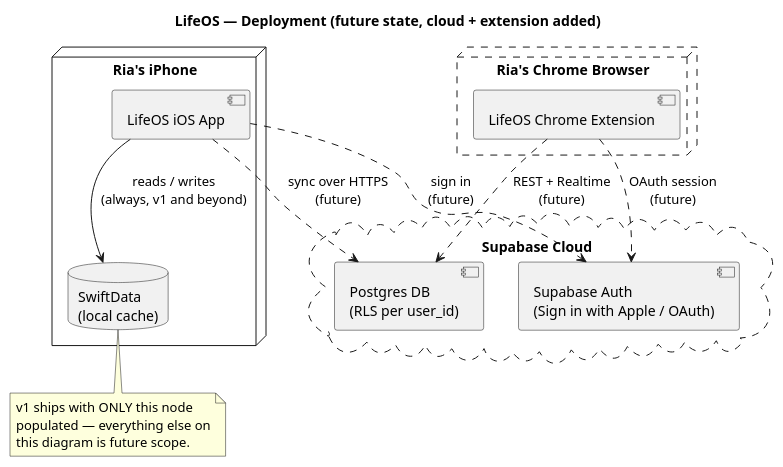
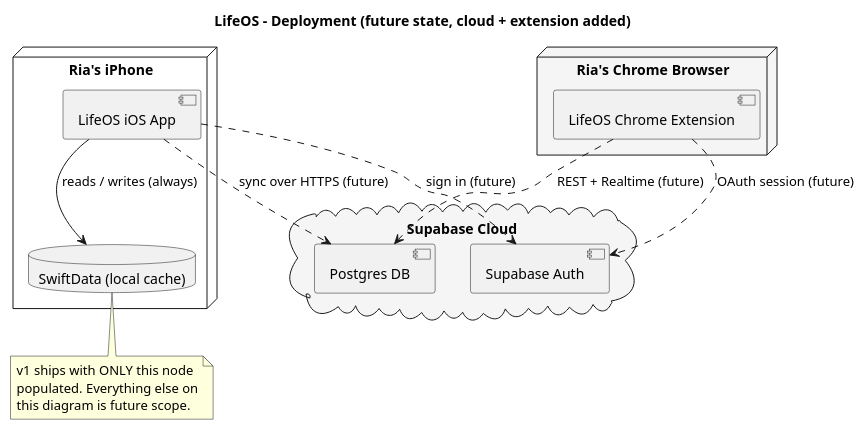
The fourth of 4 diagrams in docs/HLD.md (riasaxena/LifeOS), drawn with PlantUML before and after one commit. The commit also changed other lines of this file, not shown here.

Commit message:
Embed rendered diagram images in HLD.md via PlantUML server URLs, so GitHub shows them inline

````diff
--- a/docs/HLD.md
+++ b/docs/HLD.md
@@ -313,33 +339,33 @@
 ```plantuml
 @startuml deployment
-title LifeOS — Deployment (future state, cloud + extension added)
+title LifeOS - Deployment (future state, cloud + extension added)
 
-node "Ria's iPhone" {
-  [LifeOS iOS App]
-  database "SwiftData\n(local cache)" as SD
+node "Ria's iPhone" as IPhone {
+  [LifeOS iOS App] as IOSApp
+  database "SwiftData (local cache)" as SD
 }
 
-node "Ria's Chrome Browser" #line.dashed {
+node "Ria's Chrome Browser" as ChromeBrowser #F5F5F5 {
   [LifeOS Chrome Extension] as Ext
 }
 
-cloud "Supabase Cloud" #line.dashed {
-  [Postgres DB\n(RLS per user_id)] as PG
-  [Supabase Auth\n(Sign in with Apple / OAuth)] as Auth
+cloud "Supabase Cloud" as SupabaseCloud #F5F5F5 {
+  [Postgres DB] as PG
+  [Supabase Auth] as Auth
 }
 
-[LifeOS iOS App] --> SD : reads / writes\n(always, v1 and beyond)
-[LifeOS iOS App] ..> PG : sync over HTTPS\n(future)
-[LifeOS iOS App] ..> Auth : sign in\n(future)
+IOSApp --> SD : reads / writes (always)
+IOSApp ..> PG : sync over HTTPS (future)
+IOSApp ..> Auth : sign in (future)
 
-Ext ..> PG : REST + Realtime\n(future)
-Ext ..> Auth : OAuth session\n(future)
+Ext ..> PG : REST + Realtime (future)
+Ext ..> Auth : OAuth session (future)
 
 note bottom of SD
   v1 ships with ONLY this node
-  populated — everything else on
+  populated. Everything else on
   this diagram is future scope.
 end note
 
 @enduml
 ```
````
